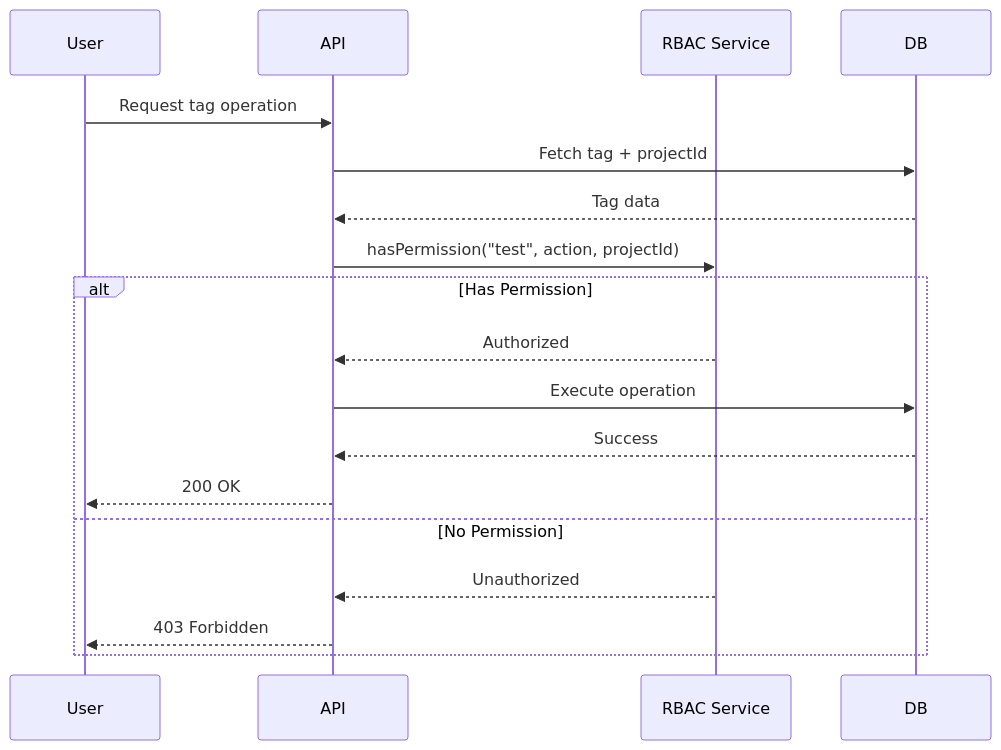
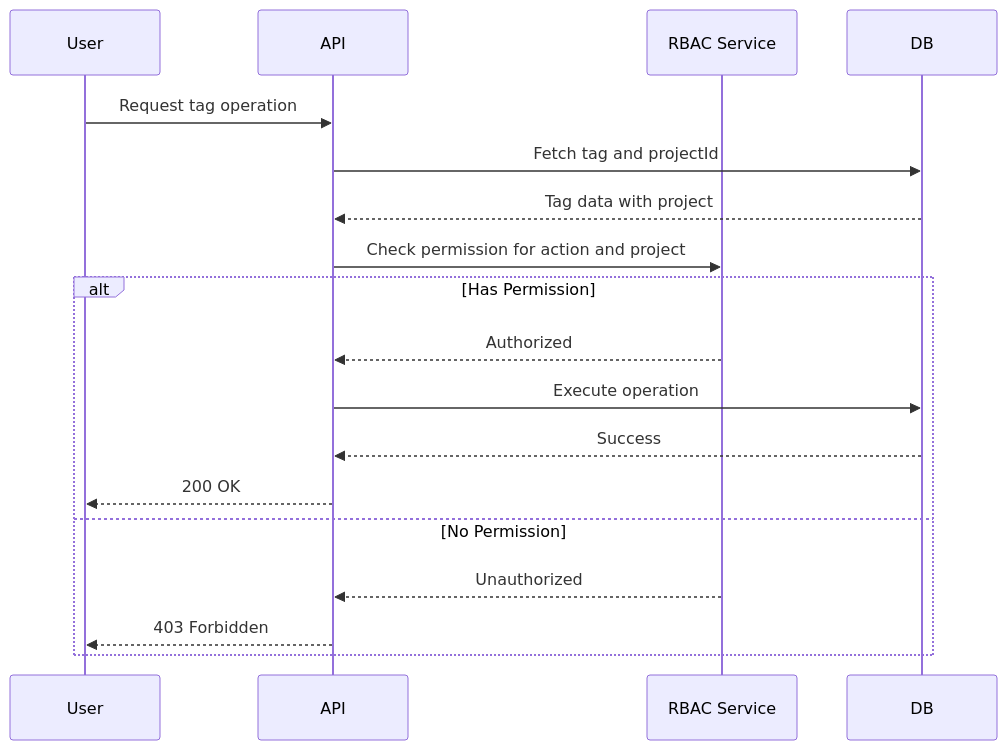
Before and after one commit to supercheck-io/supercheck: diagram 12 of 12 in specs/05-features/tag-system.md, drawn with Mermaid. The commit also changed other lines of this file, not shown here.

First line of the commit message:
Fix tag-system.md: correct Mermaid syntax and clarify user-defined colors

````diff
--- a/specs/05-features/tag-system.md
+++ b/specs/05-features/tag-system.md
@@ -349,22 +353,22 @@
 ```mermaid
 sequenceDiagram
     participant User
     participant API
     participant Auth as RBAC Service
     participant DB
 
     User->>API: Request tag operation
-    API->>DB: Fetch tag + projectId
-    DB-->>API: Tag data
-    API->>Auth: hasPermission("test", action, projectId)
+    API->>DB: Fetch tag and projectId
+    DB-->>API: Tag data with project
+    API->>Auth: Check permission for action and project
 
     alt Has Permission
         Auth-->>API: Authorized
         API->>DB: Execute operation
         DB-->>API: Success
         API-->>User: 200 OK
     else No Permission
         Auth-->>API: Unauthorized
         API-->>User: 403 Forbidden
     end
 ```
````
